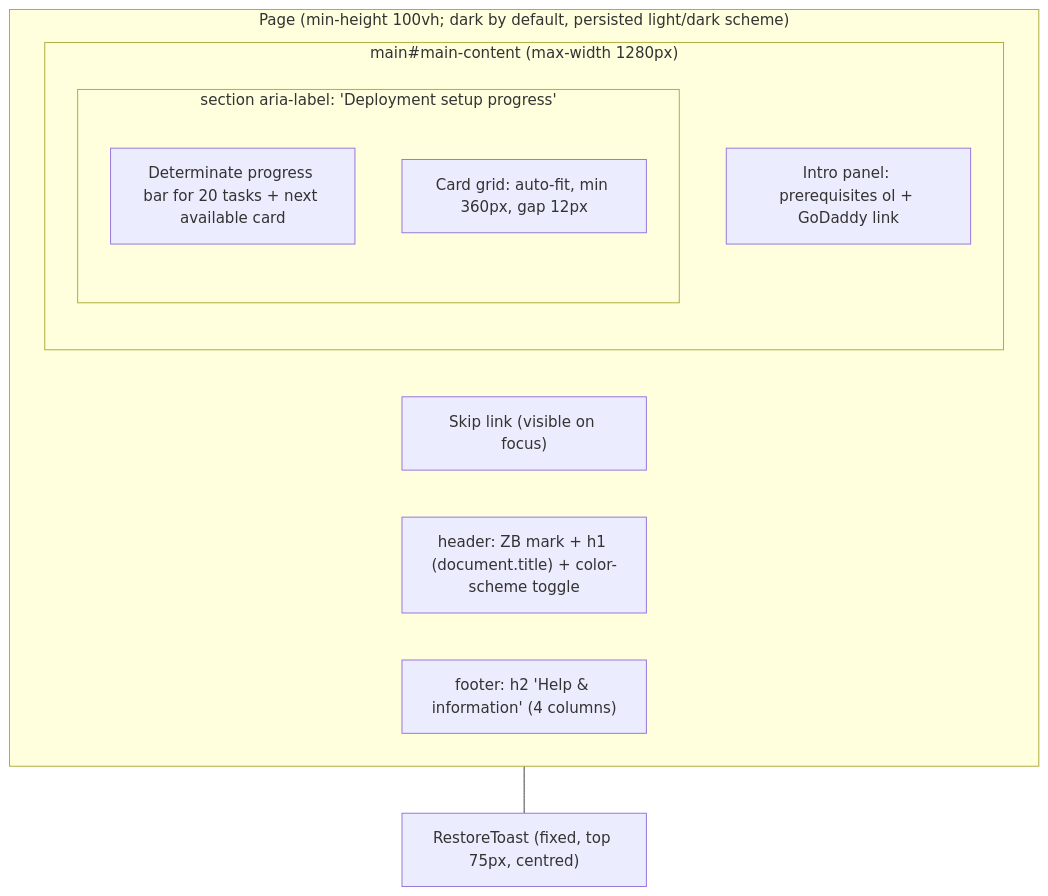
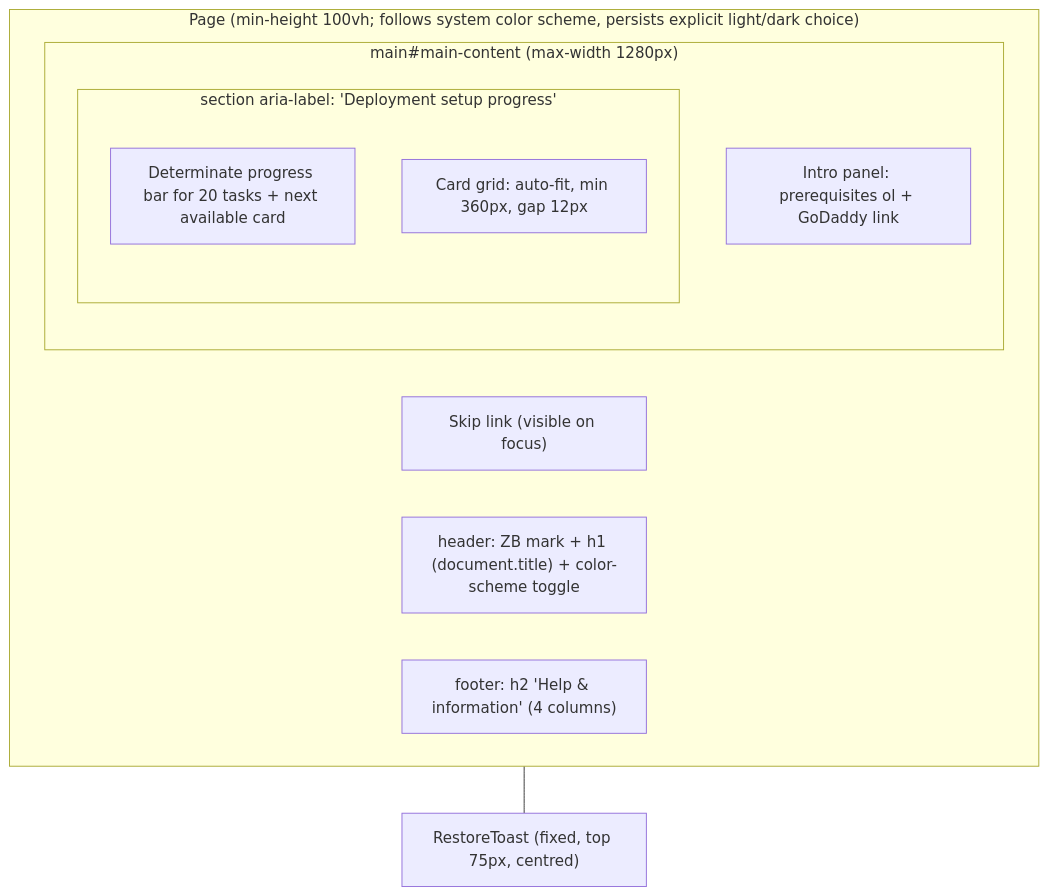
One commit to ZenMe-AU/ZenbloxCore changed the first of 9 diagrams in zeninstallerPvt/ui/UI_UX.md. Above: the diagram before and after it, drawn with Mermaid. The commit also changed other lines of this file and 37 other files, not shown here.

````diff
--- a/zeninstallerPvt/ui/UI_UX.md
+++ b/zeninstallerPvt/ui/UI_UX.md
@@ -23,17 +23,17 @@
 ```mermaid
 flowchart TB
-  subgraph Page["Page (min-height 100vh; dark by default, persisted light/dark scheme)"]
+  subgraph Page["Page (min-height 100vh; follows system color scheme, persists explicit light/dark choice)"]
     Skip["Skip link (visible on focus)"]
     Header["header: ZB mark + h1 (document.title) + color-scheme toggle"]
     subgraph Main["main#main-content (max-width 1280px)"]
       Intro["Intro panel: prerequisites ol + GoDaddy link"]
       subgraph Section["section aria-label: 'Deployment setup progress'"]
         Progress["Determinate progress bar for 20 tasks + next available card"]
         Grid["Card grid: auto-fit, min 360px, gap 12px"]
       end
     end
     Footer["footer: h2 'Help & information' (4 columns)"]
   end
   Toast["RestoreToast (fixed, top 75px, centred)"]
   Page --- Toast
 ```
````
